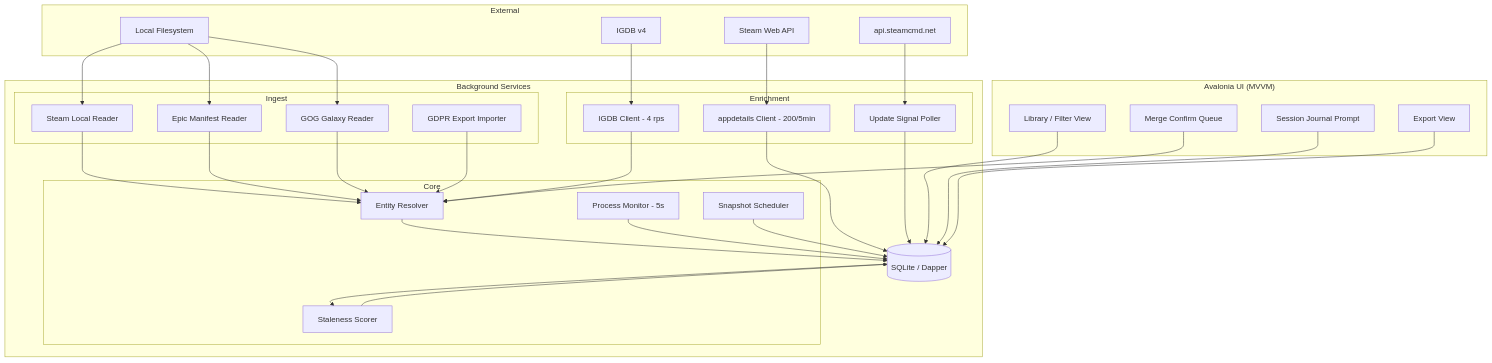
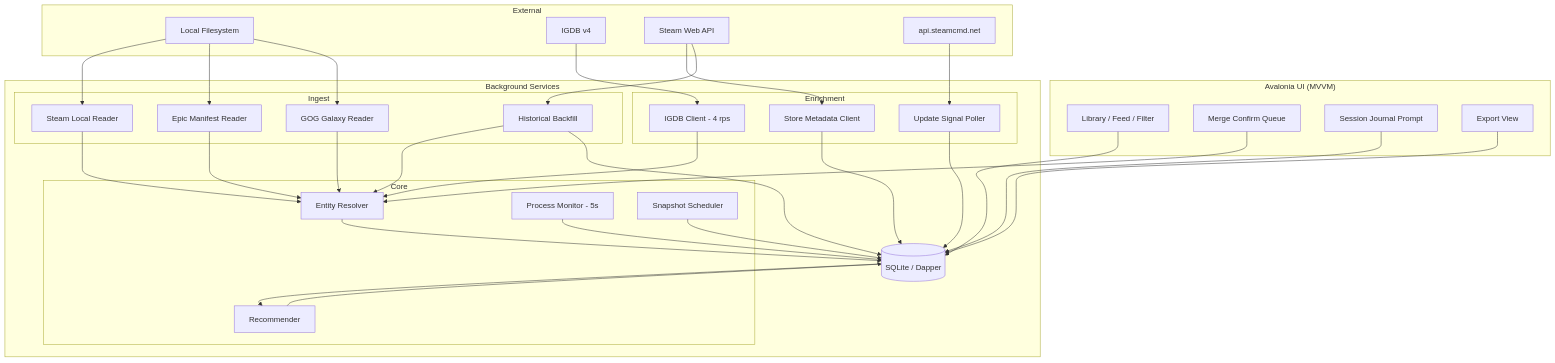
One commit to safwyls/winnow changed the diagram in game-library-design.md. Above: the diagram before and after it, drawn with Mermaid. The commit also changed other lines of this file and 3 other files, not shown here.

````diff
--- a/game-library-design.md
+++ b/game-library-design.md
@@ -259,55 +322,55 @@
 ```mermaid
 graph TB
     subgraph UI["Avalonia UI (MVVM)"]
-        LV[Library / Filter View]
+        LV[Library / Feed / Filter]
         MQ[Merge Confirm Queue]
         JN[Session Journal Prompt]
         EX[Export View]
     end
 
     subgraph Services["Background Services"]
         subgraph Ingest["Ingest"]
             SI[Steam Local Reader]
             EI[Epic Manifest Reader]
             GI[GOG Galaxy Reader]
-            GD[GDPR Export Importer]
+            HB[Historical Backfill]
         end
 
         subgraph Enrich["Enrichment"]
             IG[IGDB Client - 4 rps]
-            SA[appdetails Client - 200/5min]
+            SA[Store Metadata Client]
             UP[Update Signal Poller]
         end
 
         subgraph Core["Core"]
             ER[Entity Resolver]
             PM[Process Monitor - 5s]
             SN[Snapshot Scheduler]
-            ST[Staleness Scorer]
+            RC[Recommender]
         end
 
         DB[(SQLite / Dapper)]
     end
 
     subgraph External["External"]
         FS[Local Filesystem]
         IGDB[IGDB v4]
         STEAM[Steam Web API]
         SCMD[api.steamcmd.net]
     end
 
     LV --> DB
     MQ --> ER
     JN --> DB
     EX --> DB
 
     FS --> SI & EI & GI
-    SI & EI & GI & GD --> ER
+    SI & EI & GI & HB --> ER
     ER --> DB
     IGDB --> IG --> ER
-    STEAM --> SA --> DB
+    STEAM --> SA & HB --> DB
     SCMD --> UP --> DB
     PM --> DB
     SN --> DB
-    DB --> ST --> DB
+    DB --> RC --> DB
 ```
````
